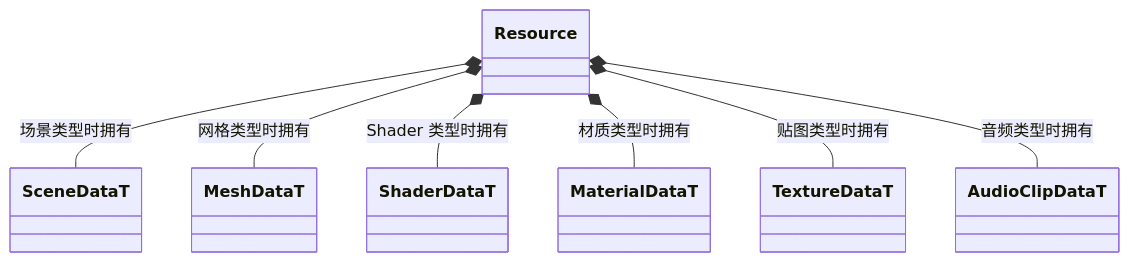
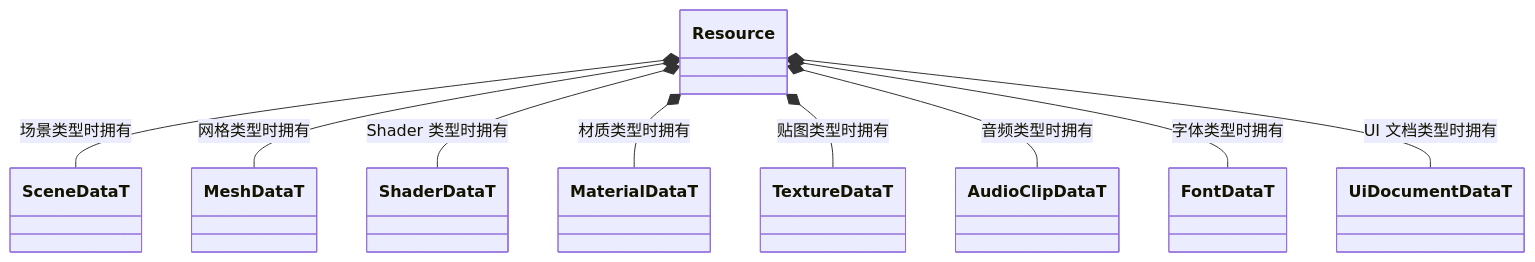
The second of 2 diagrams in docs/runtime/class-diagrams/resource.md (lcals/Engine), drawn with Mermaid before and after one commit. The commit also changed other lines of this file and 115 other files, not shown here.

````diff
--- a/docs/runtime/class-diagrams/resource.md
+++ b/docs/runtime/class-diagrams/resource.md
@@ -30,17 +32,19 @@
 ```mermaid
 classDiagram
     direction TB
     class Resource
     class SceneDataT
     class MeshDataT
     class ShaderDataT
     class MaterialDataT
     class TextureDataT
     class AudioClipDataT
     Resource *-- SceneDataT : 场景类型时拥有
     Resource *-- MeshDataT : 网格类型时拥有
     Resource *-- ShaderDataT : Shader 类型时拥有
     Resource *-- MaterialDataT : 材质类型时拥有
     Resource *-- TextureDataT : 贴图类型时拥有
     Resource *-- AudioClipDataT : 音频类型时拥有
+    Resource *-- FontDataT : 字体类型时拥有
+    Resource *-- UiDocumentDataT : UI 文档类型时拥有
 ```
````
